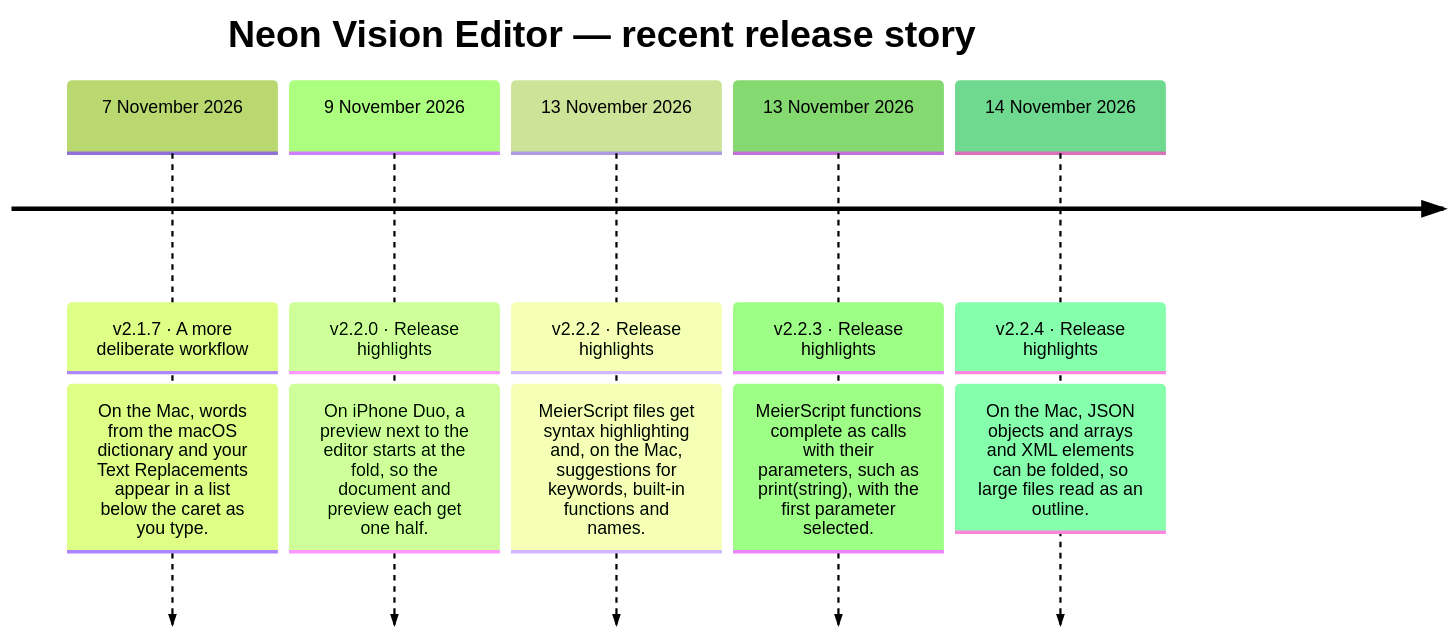
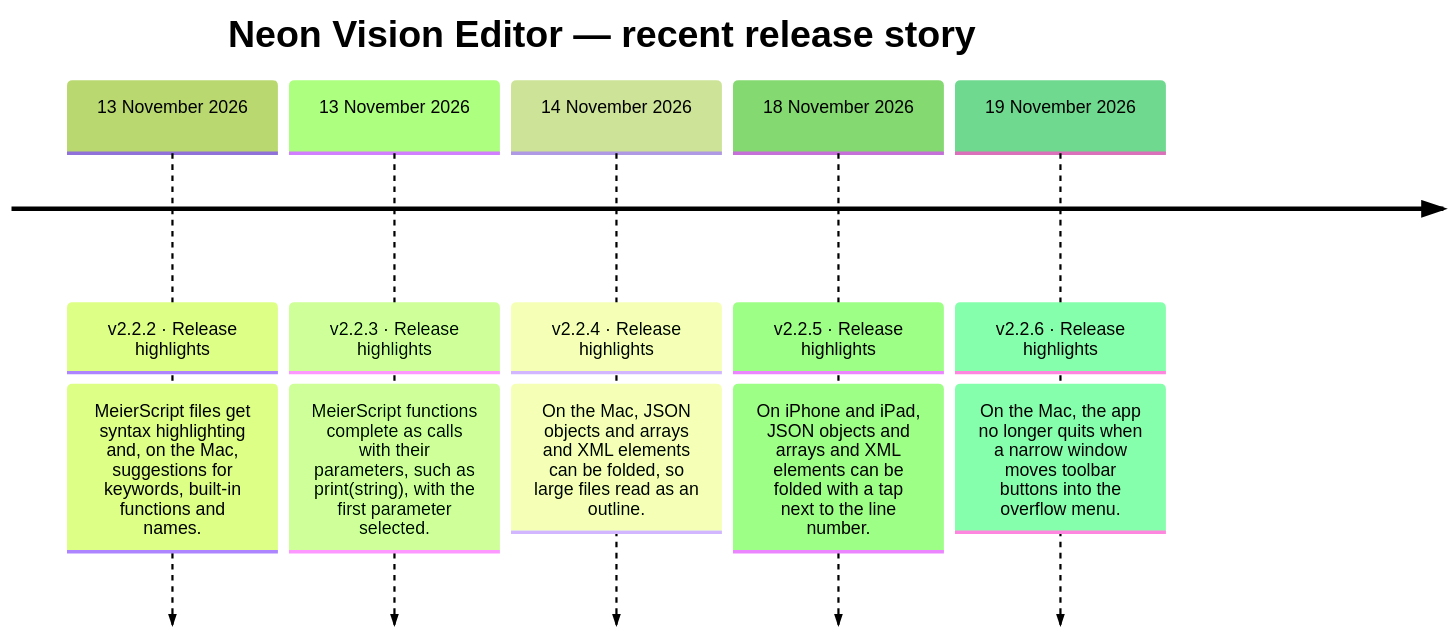
One commit to h3pdesign/Neon-Vision-Editor changed the diagram in README.md. Above: the diagram before and after it, drawn with Mermaid (forest theme). The commit also changed other lines of this file and 9 other files, not shown here.

````diff
--- a/README.md
+++ b/README.md
@@ -763,14 +759,14 @@
 ```mermaid
 timeline
     title Neon Vision Editor — recent release story
-    7 November 2026 : v2.1.7 · A more deliberate workflow
-                : On the Mac, words from the macOS dictionary and your Text Replacements appear in a list below the caret as you type.
-    9 November 2026 : v2.2.0 · Release highlights
-                : On iPhone Duo, a preview next to the editor starts at the fold, so the document and preview each get one half.
     13 November 2026 : v2.2.2 · Release highlights
                 : MeierScript files get syntax highlighting and, on the Mac, suggestions for keywords, built-in functions and names.
     13 November 2026 : v2.2.3 · Release highlights
                 : MeierScript functions complete as calls with their parameters, such as print(string), with the first parameter selected.
     14 November 2026 : v2.2.4 · Release highlights
                 : On the Mac, JSON objects and arrays and XML elements can be folded, so large files read as an outline.
+    18 November 2026 : v2.2.5 · Release highlights
+                : On iPhone and iPad, JSON objects and arrays and XML elements can be folded with a tap next to the line number.
+    19 November 2026 : v2.2.6 · Release highlights
+                : On the Mac, the app no longer quits when a narrow window moves toolbar buttons into the overflow menu.
 ```
````
